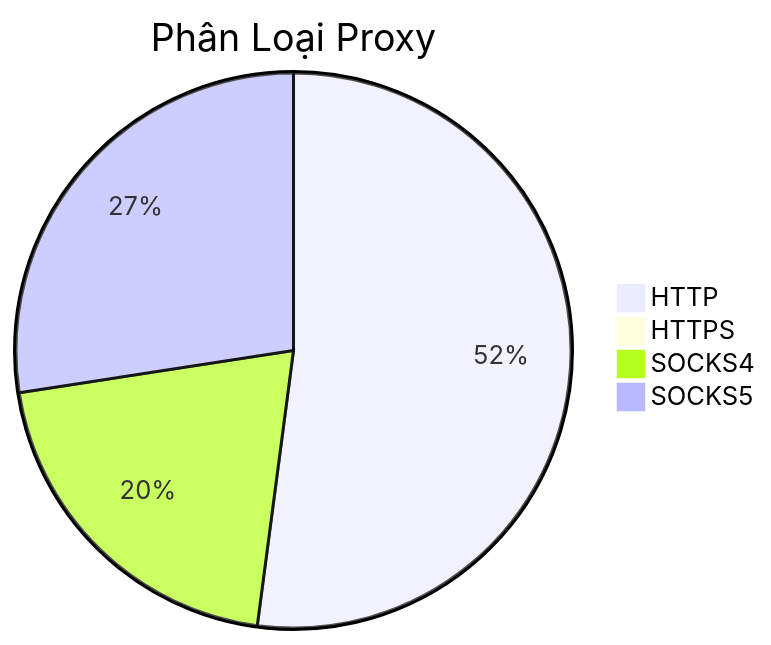
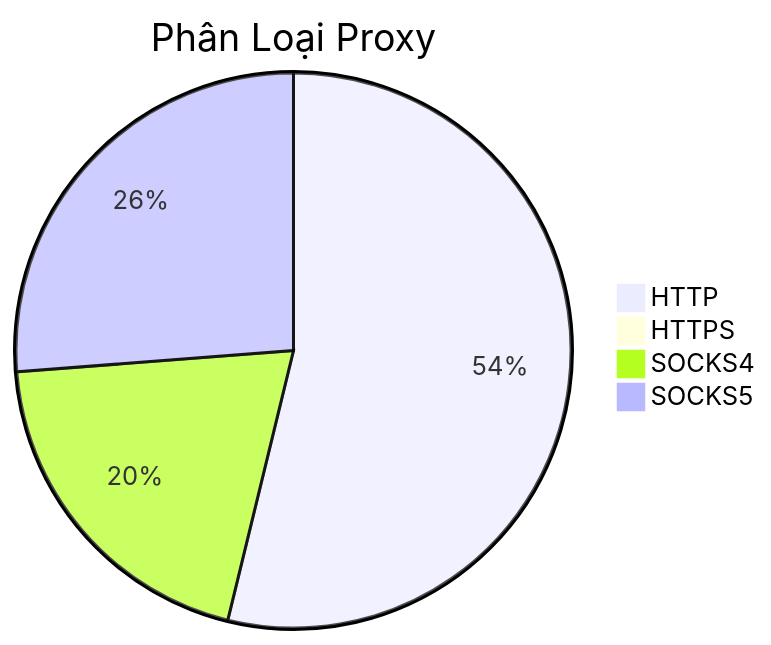
Before and after one commit to Ciara-12/PROXY-free: the diagram in README.md, drawn with Mermaid. The commit also changed other lines of this file and 4 other files, not shown here.

````diff
--- a/README.md
+++ b/README.md
@@ -26,7 +26,7 @@
 ```mermaid
 pie title Phân Loại Proxy
-    "HTTP" : 600
-    "HTTPS" : 4
-    "SOCKS4" : 236
-    "SOCKS5" : 316
+    "HTTP" : 714
+    "HTTPS" : 1
+    "SOCKS4" : 265
+    "SOCKS5" : 348
 ```
````
